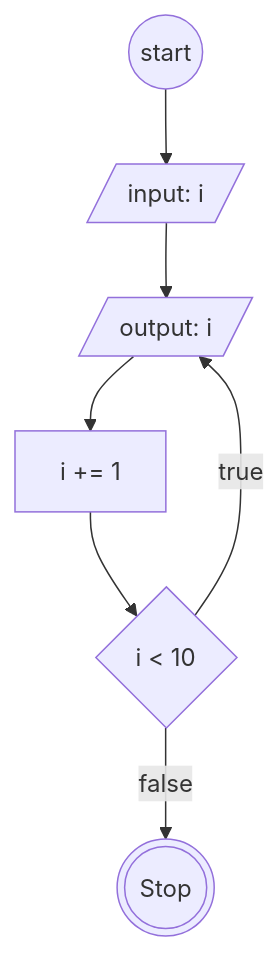
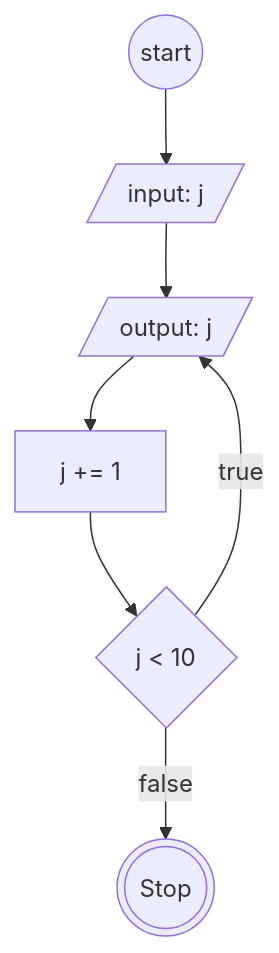
Before and after one commit to AbiPasundan/koda-b6-homework: the third of 3 diagrams in flowchart-iterasi/README.md, drawn with Mermaid. The commit also changed other lines of this file and 1 other file, not shown here.

````diff
--- a/flowchart-iterasi/README.md
+++ b/flowchart-iterasi/README.md
@@ -43,15 +43,15 @@
 ```mermaid
     flowchart TB
         Start@{ shape: circ, label: "start"}
-        DeclarationVar@{ shape: lean-r, label: "input: i"}
-        PrintValue@{ shape: lean-r, label: "output: i"}
-        CheckCondition@{ shape: diamond, label: "i < 10"}
-        AddValue@{ shape: rect, label: "i += 1"}
+        DeclarationVar@{ shape: lean-r, label: "input: j"}
+        PrintValue@{ shape: lean-r, label: "output: j"}
+        CheckCondition@{ shape: diamond, label: "j < 10"}
+        AddValue@{ shape: rect, label: "j += 1"}
 
         Stop@{ shape: dbl-circ, label: "Stop"}
 
         Start-->DeclarationVar-->PrintValue-->AddValue-->CheckCondition-->|false|Stop
 
         CheckCondition-->|true|PrintValue
 
 ```
````
